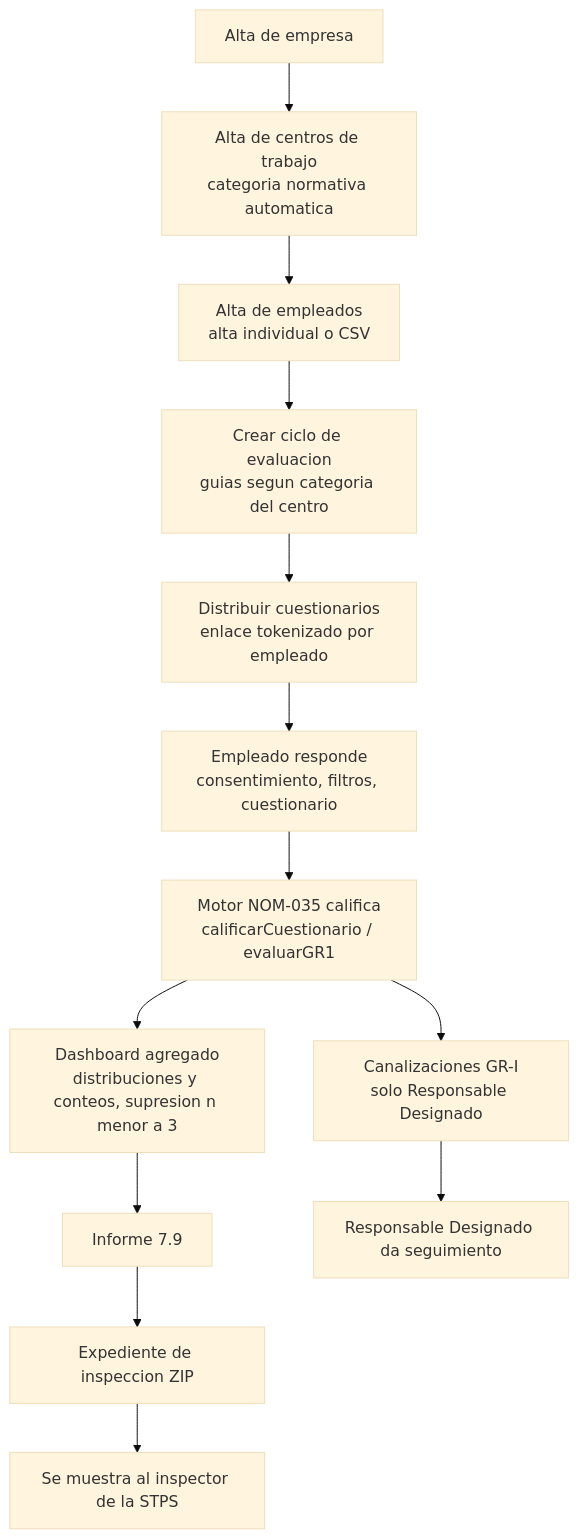
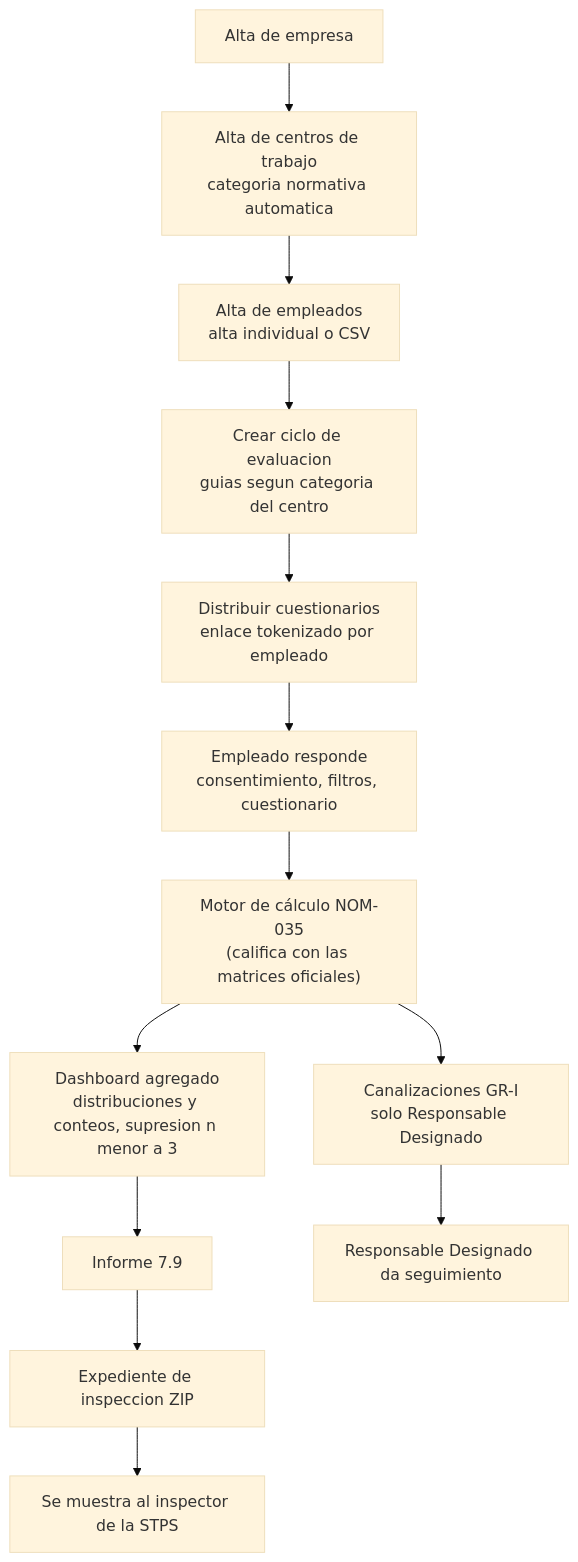
Before and after one commit to Arellano-Asociados/nom35: the first of 3 diagrams in docs/manual.md, drawn with Mermaid (base theme). The commit also changed other lines of this file, not shown here.

Commit message:
Manual: corrige permisos del Consultor, excepción GR-I en el diagrama y jerga interna

````diff
--- a/docs/manual.md
+++ b/docs/manual.md
@@ -46,15 +46,15 @@
 ```mermaid
 flowchart TD
     A["Alta de empresa"] --> B["Alta de centros de trabajo<br/>categoria normativa automatica"]
     B --> C["Alta de empleados<br/>alta individual o CSV"]
     C --> D["Crear ciclo de evaluacion<br/>guias segun categoria del centro"]
     D --> E["Distribuir cuestionarios<br/>enlace tokenizado por empleado"]
     E --> F["Empleado responde<br/>consentimiento, filtros, cuestionario"]
-    F --> G["Motor NOM-035 califica<br/>calificarCuestionario / evaluarGR1"]
+    F --> G["Motor de cálculo NOM-035<br/>(califica con las matrices oficiales)"]
     G --> H["Dashboard agregado<br/>distribuciones y conteos, supresion n menor a 3"]
     G --> K["Canalizaciones GR-I<br/>solo Responsable Designado"]
     H --> I["Informe 7.9"]
     I --> J["Expediente de inspeccion ZIP"]
     K --> L["Responsable Designado da seguimiento"]
     J --> M["Se muestra al inspector de la STPS"]
 ```
````
